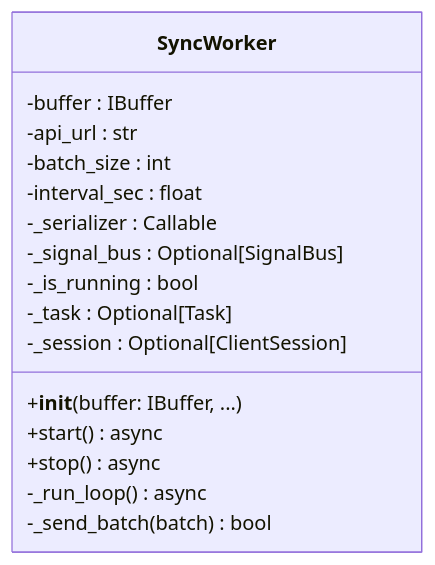
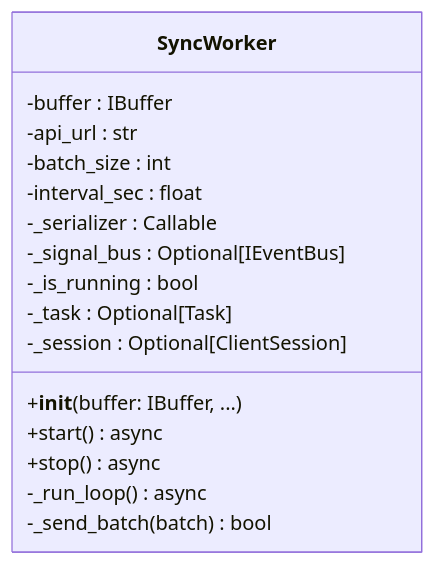
The diagram in docs/03_Backend_Sync/05_SyncWorker_Details.md (1DenLy/ForzaAITuner), drawn with Mermaid before and after one commit. The commit also changed other lines of this file and 73 other files, not shown here.

Commit message:
refactor: new arch (Clean Architecture)

````diff
--- a/docs/03_Backend_Sync/05_SyncWorker_Details.md
+++ b/docs/03_Backend_Sync/05_SyncWorker_Details.md
@@ -7,19 +7,19 @@
 ```mermaid
 classDiagram
     class SyncWorker {
         -buffer : IBuffer
         -api_url : str
         -batch_size : int
         -interval_sec : float
         -_serializer : Callable
-        -_signal_bus : Optional[SignalBus]
+        -_signal_bus : Optional[IEventBus]
         -_is_running : bool
         -_task : Optional[Task]
         -_session : Optional[ClientSession]
         +__init__(buffer: IBuffer, ...)
         +start() async
         +stop() async
         -_run_loop() async
         -_send_batch(batch) bool
     }
 ```
````
